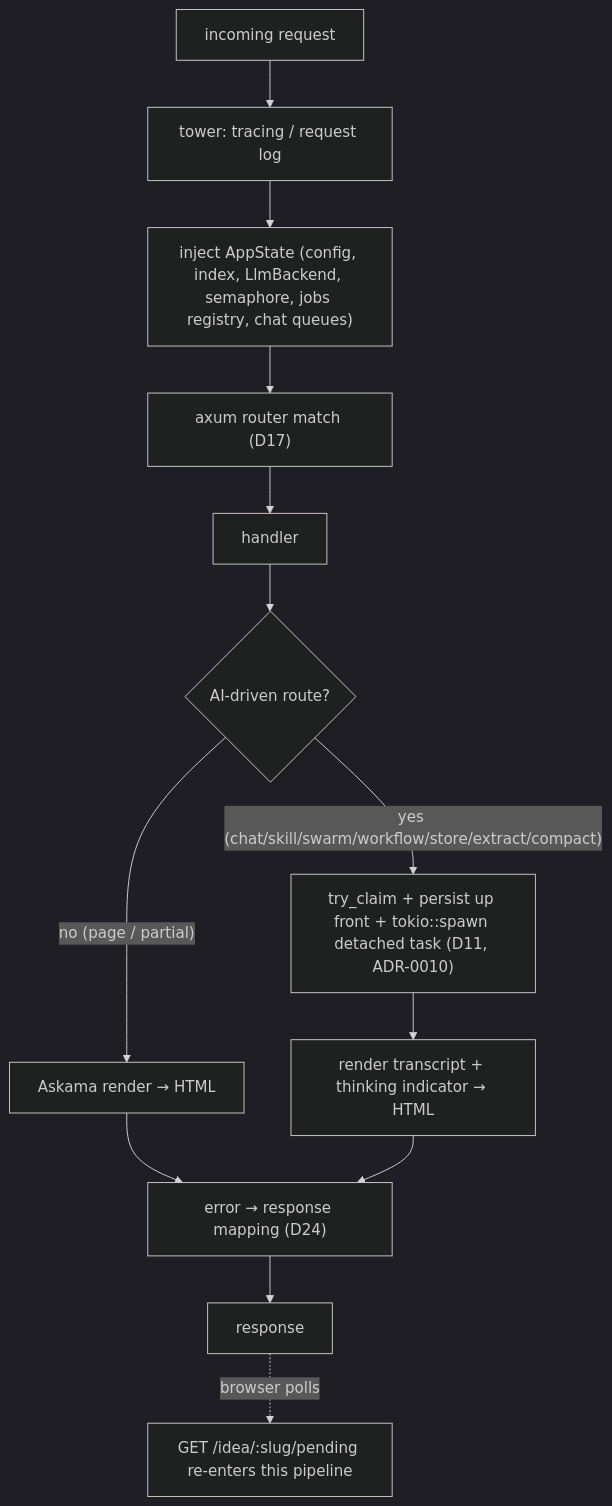
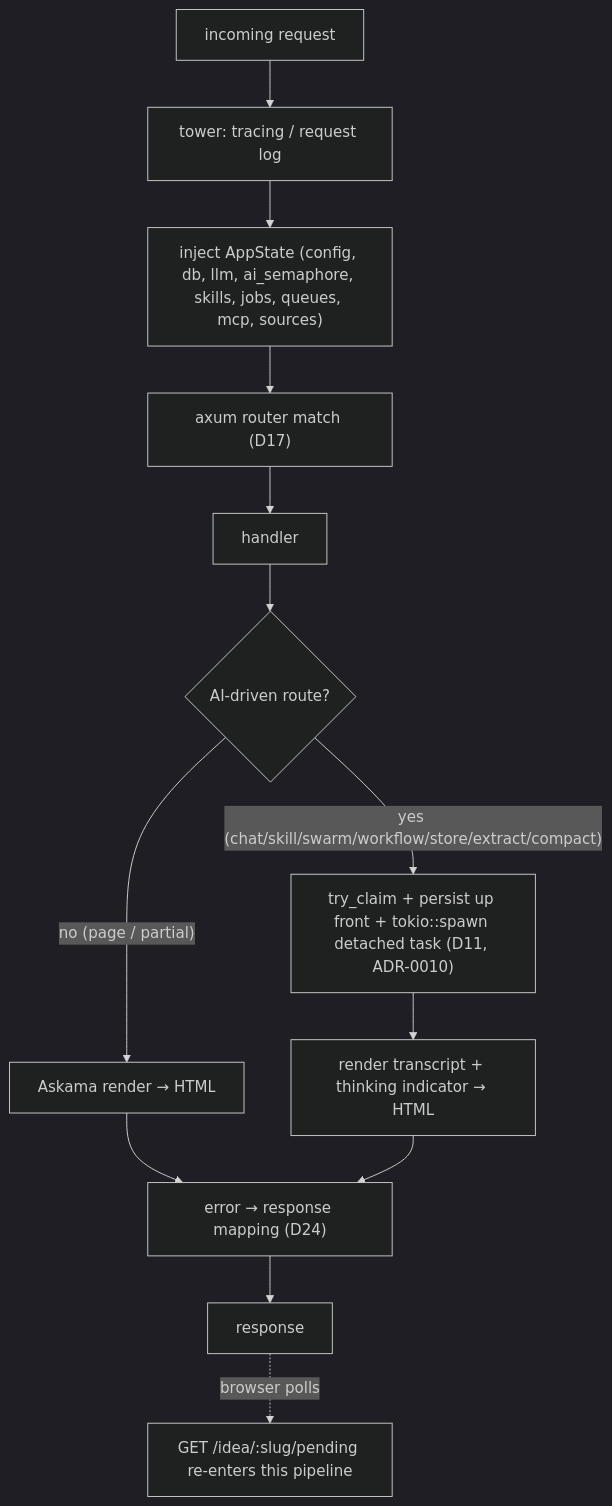
One commit to jasdian/idea-vault changed the second of 2 diagrams in docs/09-web-ui.md. Above: the diagram before and after it, drawn with Mermaid (dark theme). The commit also changed other lines of this file and 3 other files, not shown here.

````diff
--- a/docs/09-web-ui.md
+++ b/docs/09-web-ui.md
@@ -193,15 +193,15 @@
 ```mermaid
 flowchart TD
     REQ["incoming request"] --> TRACE["tower: tracing / request log"]
-    TRACE --> STATE["inject AppState (config, index, LlmBackend, semaphore, jobs registry, chat queues)"]
+    TRACE --> STATE["inject AppState (config, db, llm, ai_semaphore, skills, jobs, queues, mcp, sources)"]
     STATE --> ROUTE["axum router match (D17)"]
     ROUTE --> HANDLER["handler"]
     HANDLER --> BRANCH{"AI-driven route?"}
     BRANCH -- "no (page / partial)" --> RENDER["Askama render → HTML"]
     BRANCH -- "yes (chat/skill/swarm/workflow/store/extract/compact)" --> JOBBR["try_claim + persist up front + tokio::spawn detached task (D11, ADR-0010)"]
     JOBBR --> RENDER2["render transcript + thinking indicator → HTML"]
     RENDER --> ERRMAP
     RENDER2 --> ERRMAP
     ERRMAP["error → response mapping (D24)"] --> RESP["response"]
     RESP -.->|"browser polls"| POLL["GET /idea/:slug/pending re-enters this pipeline"]
 ```
````
